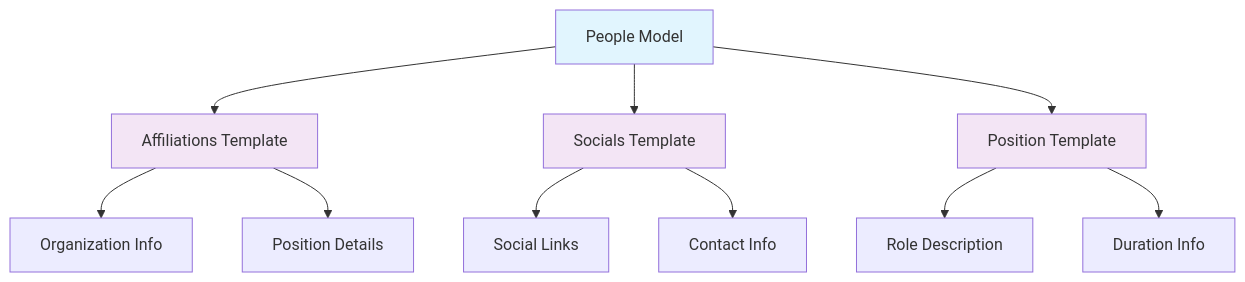
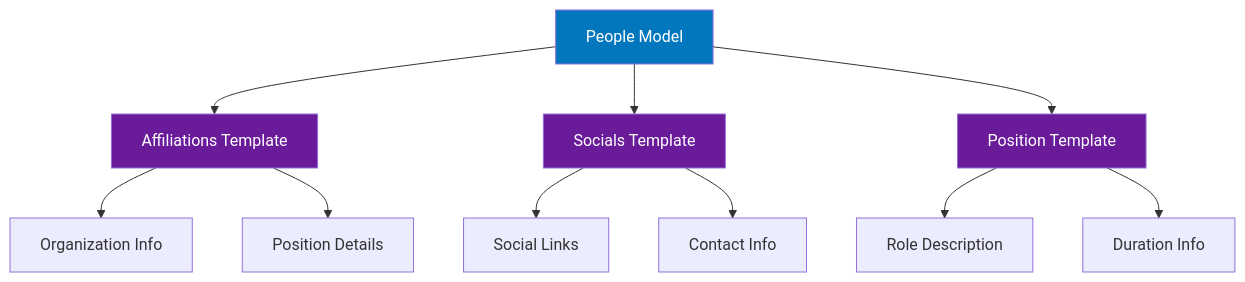
The fourth of 6 diagrams in DOCUMENTATION.md (IEA-Paris/trees), drawn with Mermaid before and after one commit. The commit also changed other lines of this file and 2 other files, not shown here.

````diff
--- a/DOCUMENTATION.md
+++ b/DOCUMENTATION.md
@@ -164,20 +219,20 @@
 ```mermaid
 graph TD
     A[People Model] --> B[Affiliations Template]
-    A --> C[Socials Template] 
+    A --> C[Socials Template]
     A --> D[Position Template]
-    
+
     B --> B1[Organization Info]
     B --> B2[Position Details]
-    
+
     C --> C1[Social Links]
     C --> C2[Contact Info]
-    
+
     D --> D1[Role Description]
     D --> D2[Duration Info]
-    
-    style A fill:#e1f5fe
-    style B fill:#f3e5f5
-    style C fill:#f3e5f5
-    style D fill:#f3e5f5
+
+    style A fill:#0277bd,color:#fff
+    style B fill:#6a1b9a,color:#fff
+    style C fill:#6a1b9a,color:#fff
+    style D fill:#6a1b9a,color:#fff
 ```
````
